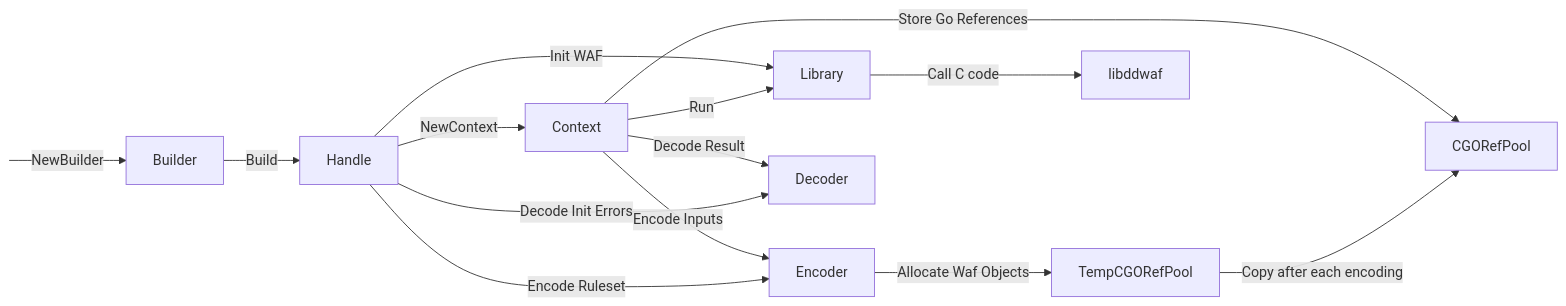
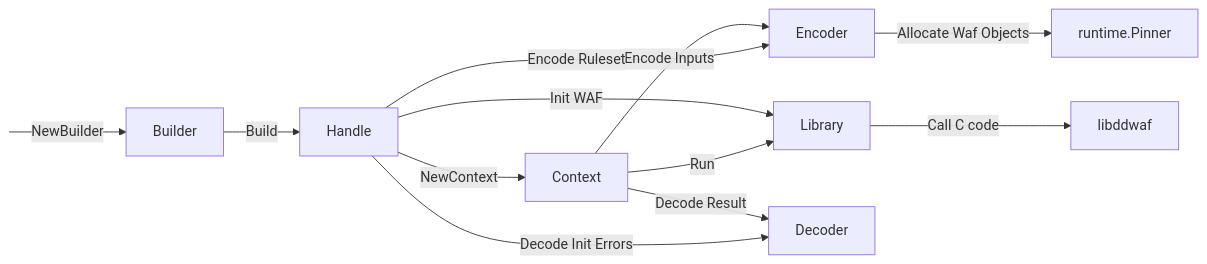
One commit to DataDog/go-libddwaf changed the diagram in README.md. Above: the diagram before and after it, drawn with Mermaid. The commit also changed other lines of this file and 9 other files, not shown here.

Commit message:
Use runtime.Pinner instead of CGORefPool

````diff
--- a/README.md
+++ b/README.md
@@ -84,25 +83,21 @@
 ```mermaid
 flowchart LR
     START:::hidden -->|NewBuilder| Builder -->|Build| Handle
 
     Handle -->|NewContext| Context
 
     Context -->|Encode Inputs| Encoder
 
     Handle -->|Encode Ruleset| Encoder
     Handle -->|Init WAF| Library
     Context -->|Decode Result| Decoder
 
     Handle -->|Decode Init Errors| Decoder
 
     Context -->|Run| Library
-    Context -->|Store Go References| CGORefPool
-
-    Encoder -->|Allocate Waf Objects| TempCGORefPool
-
-    TempCGORefPool -->|Copy after each encoding| CGORefPool
+    Encoder -->|Allocate Waf Objects| runtime.Pinner
 
     Library -->|Call C code| libddwaf
 
     classDef hidden display: none;
 ```
````
